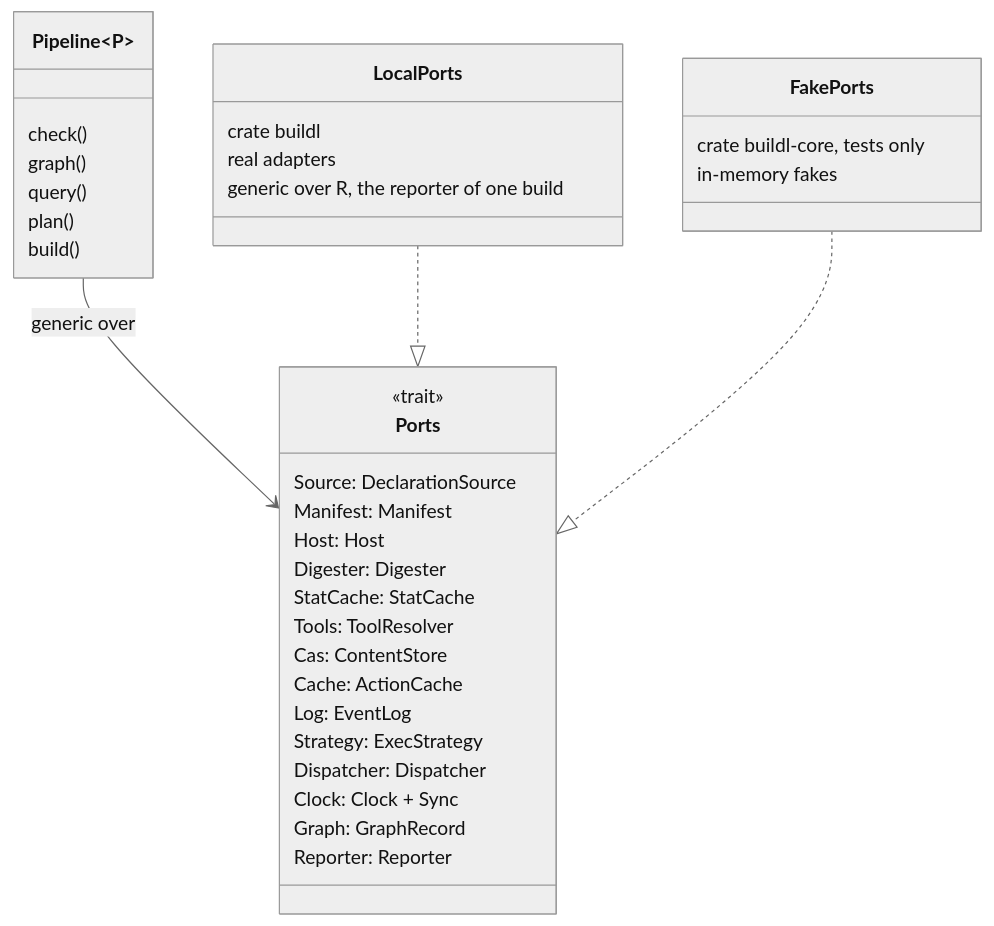
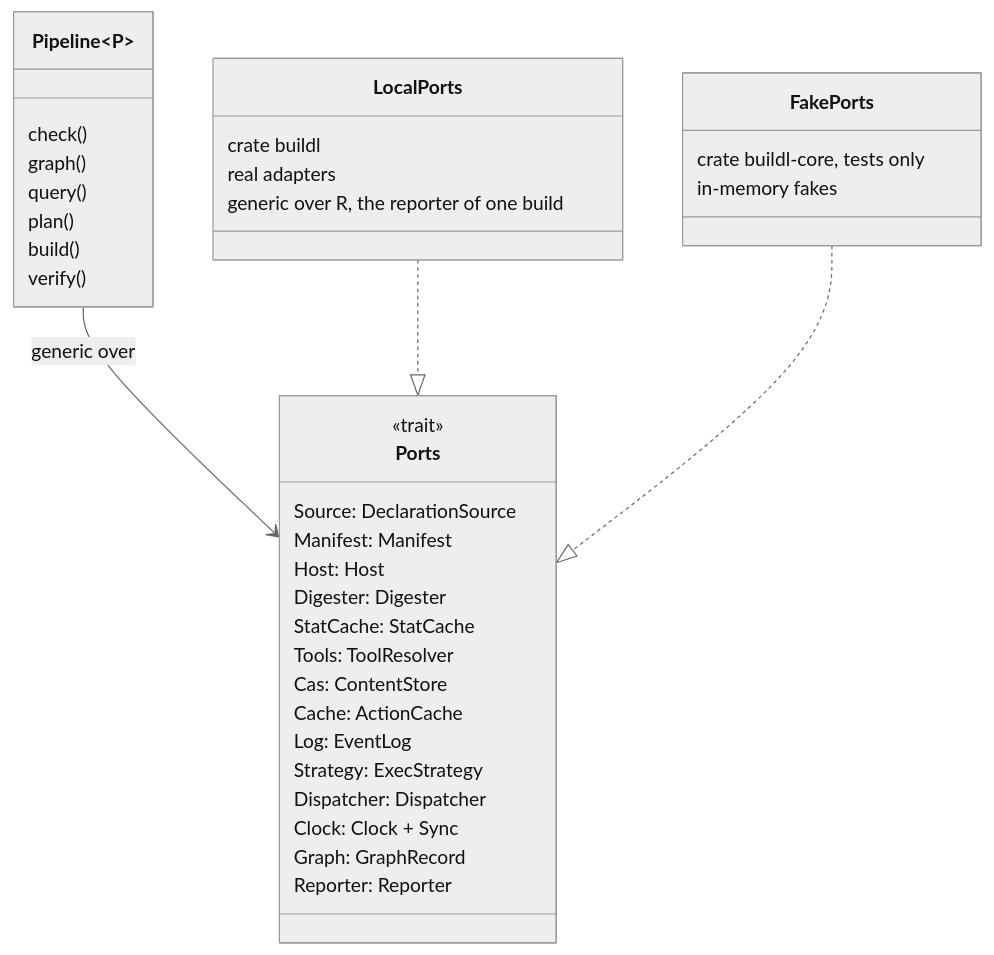
Before and after one commit to airsstack/buildl: the fifth of 7 diagrams in docs/architecture-building-blocks.md, drawn with Mermaid (neutral theme). The commit also changed other lines of this file and 88 other files, not shown here.

````diff
--- a/docs/architecture-building-blocks.md
+++ b/docs/architecture-building-blocks.md
@@ -379,40 +380,41 @@
 ```mermaid
 %% C4 level 4 — the Ports bundle and its two implementations
 classDiagram
     class Pipeline~P~ {
         check()
         graph()
         query()
         plan()
         build()
+        verify()
     }
     class Ports {
         <<trait>>
         Source: DeclarationSource
         Manifest: Manifest
         Host: Host
         Digester: Digester
         StatCache: StatCache
         Tools: ToolResolver
         Cas: ContentStore
         Cache: ActionCache
         Log: EventLog
         Strategy: ExecStrategy
         Dispatcher: Dispatcher
         Clock: Clock + Sync
         Graph: GraphRecord
         Reporter: Reporter
     }
     class LocalPorts {
         crate buildl
         real adapters
         generic over R, the reporter of one build
     }
     class FakePorts {
         crate buildl-core, tests only
         in-memory fakes
     }
     Pipeline --> Ports : generic over
     LocalPorts ..|> Ports
     FakePorts ..|> Ports
 ```
````
